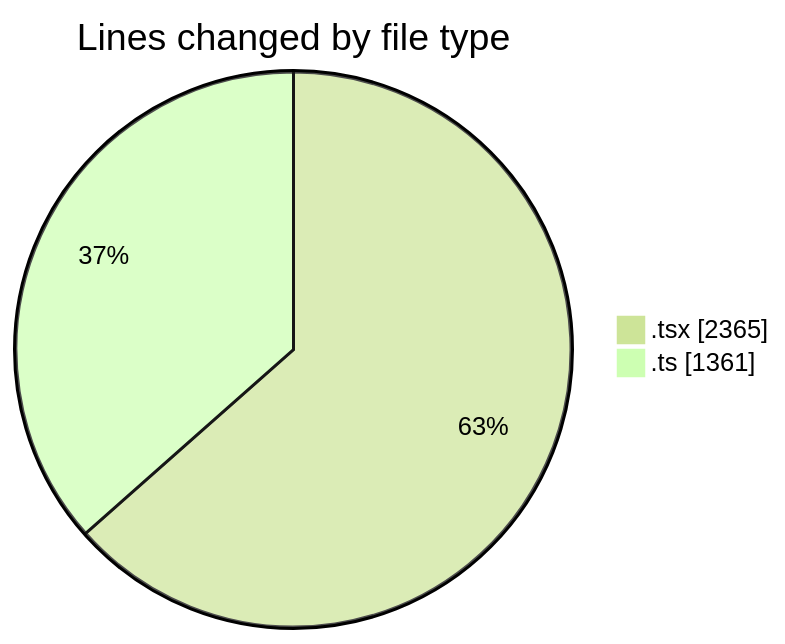
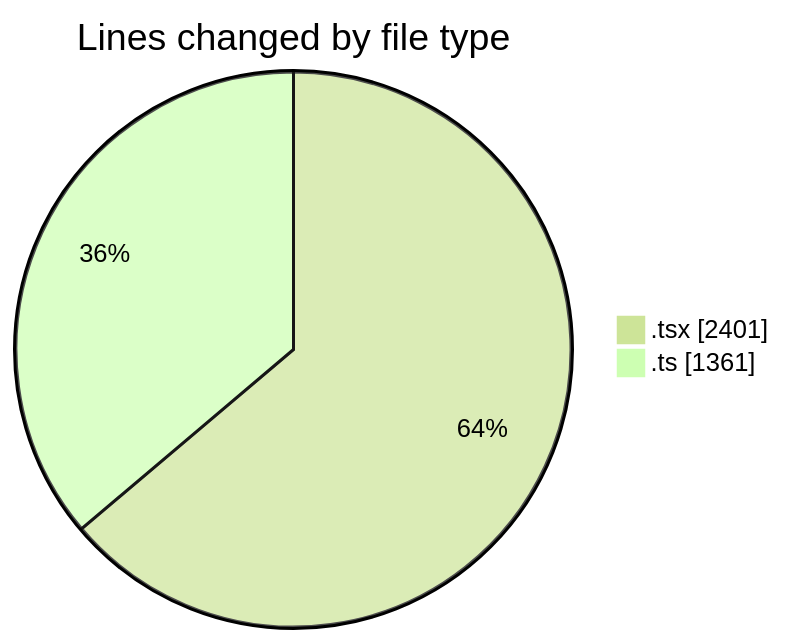
One commit to nxtqubesakshisongat/code-tracking changed the first of 2 diagrams in 2026-03-06/nxtqube_webapp/README.md. Above: the diagram before and after it, drawn with Mermaid (forest theme). The commit also changed other lines of this file and 1 other file, not shown here.

````diff
--- a/2026-03-06/nxtqube_webapp/README.md
+++ b/2026-03-06/nxtqube_webapp/README.md
@@ -29,6 +29,6 @@
 ```mermaid
 pie showData
 title Lines changed by file type
-".tsx" : 2365
+".tsx" : 2401
 ".ts" : 1361
 ```
````
